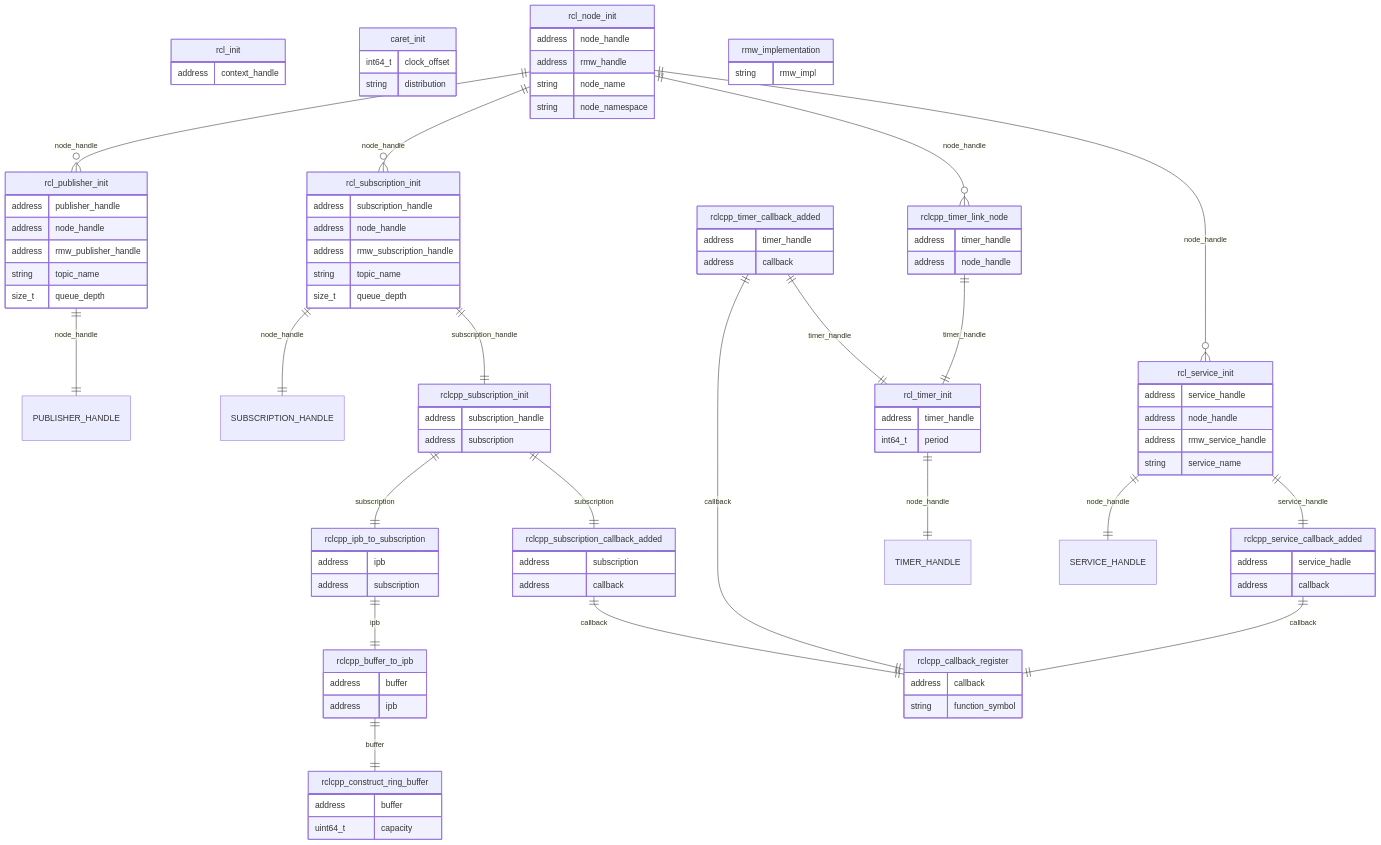
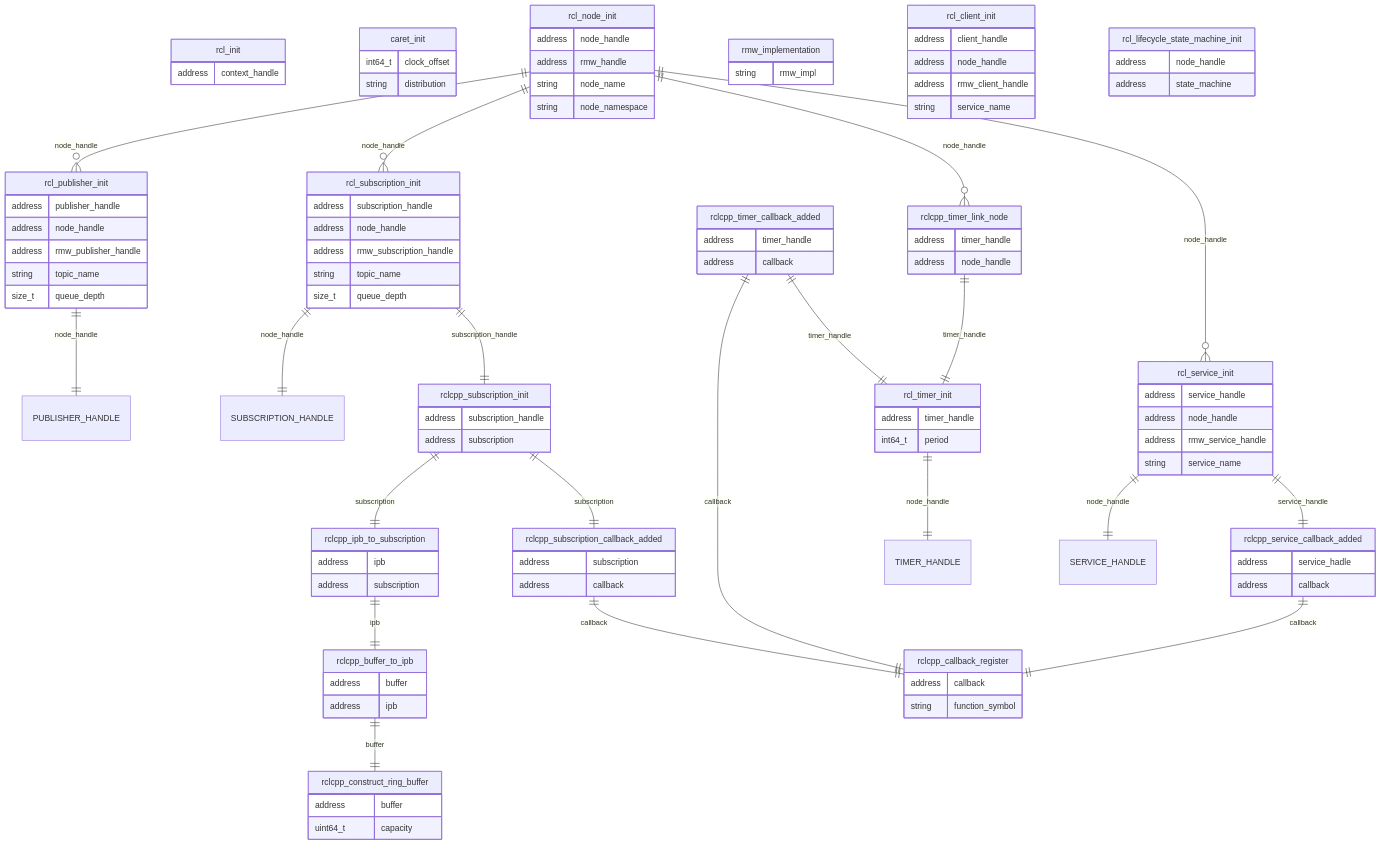
The first of 2 diagrams in docs/design/trace_points/initialization_trace_points.md (tier4/caret_doc), drawn with Mermaid before and after one commit. The commit also changed other lines of this file and 6 other files, not shown here.

```diff
--- a/docs/design/trace_points/initialization_trace_points.md
+++ b/docs/design/trace_points/initialization_trace_points.md
@@ -100,6 +101,18 @@
  string rmw_impl
  }
 
+ rcl_client_init{
+ address client_handle
+ address node_handle
+ address rmw_client_handle
+ string service_name
+ }
+
+ rcl_lifecycle_state_machine_init{
+ address node_handle
+ address state_machine
+ }
+
     rcl_node_init ||--o{ rcl_publisher_init : node_handle
     rcl_node_init ||--o{ rcl_subscription_init : node_handle
     rcl_node_init ||--o{ rclcpp_timer_link_node : node_handle
```
